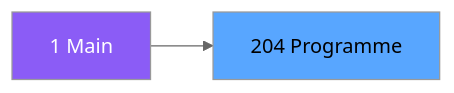
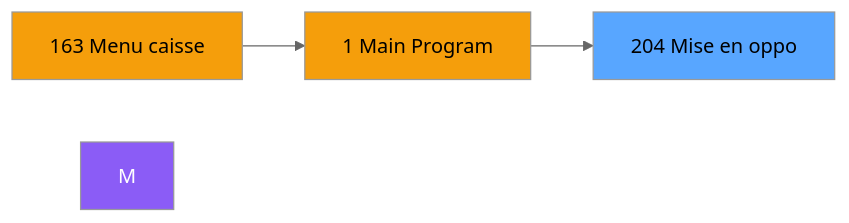
Before and after one commit to thonyAGP/magic-migration: the second of 3 diagrams in .openspec/specs/ADH-IDE-204.md, drawn with Mermaid (neutral theme). The commit also changed other lines of this file and 323 other files, not shown here.

````diff
--- a/.openspec/specs/ADH-IDE-204.md
+++ b/.openspec/specs/ADH-IDE-204.md
@@ -99,8 +108,12 @@
 ```mermaid
 graph LR
-    M[1 Main]
-    T[204 Programme]
-    M --> T
+    N163[163 Menu caisse ]
+    N1[1 Main Program]
+    T[204 Mise en oppo]
+    N163 --> N1
+    N1 --> T
     style M fill:#8b5cf6,color:#fff
+    style N163 fill:#f59e0b
+    style N1 fill:#f59e0b
     style T fill:#58a6ff,color:#000
 ```
````
